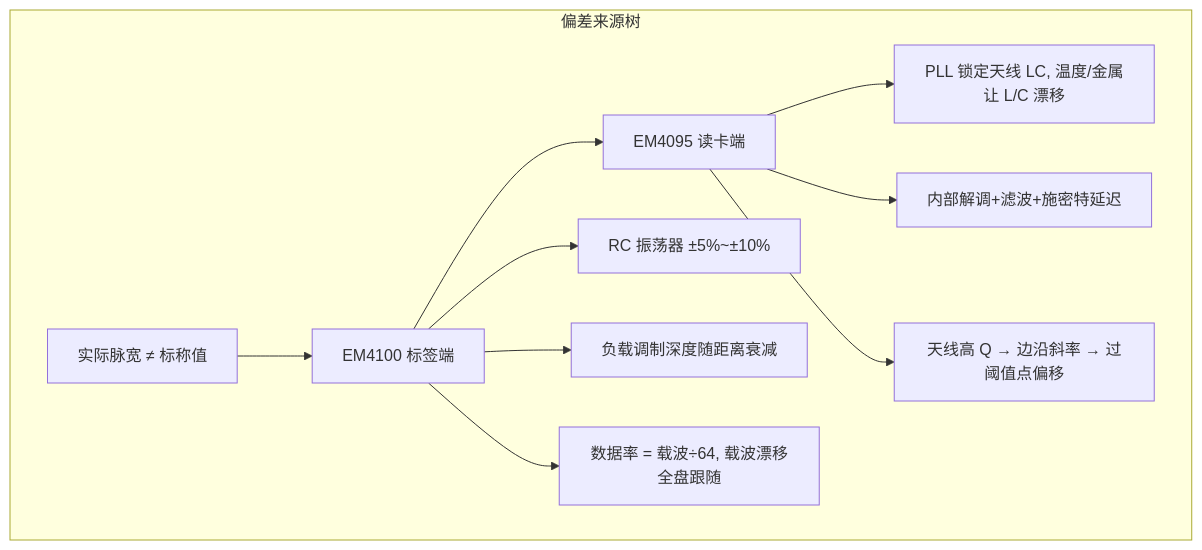
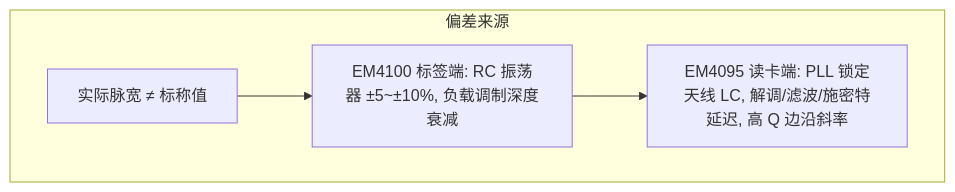
One commit to Siaiai/ObsidianNote changed the fifth of 7 diagrams in 输出/SR3读卡器/EM4095详解.md. Above: the diagram before and after it, drawn with Mermaid. The commit also changed other lines of this file and 1 other file, not shown here.

````diff
--- a/输出/SR3读卡器/EM4095详解.md
+++ b/输出/SR3读卡器/EM4095详解.md
@@ -395,31 +140,8 @@
 ```mermaid
-
 flowchart TD
-
-    subgraph sources["偏差来源树"]
-
-        root["实际脉宽 ≠ 标称值"]
-
-        --> tag["EM4100 标签端"]
-
-        --> reader["EM4095 读卡端"]
-
-  
-
-        tag --> T1["RC 振荡器 ±5%~±10%"]
-
-        tag --> T2["负载调制深度随距离衰减"]
-
-        tag --> T3["数据率 = 载波÷64, 载波漂移全盘跟随"]
-
-  
-
-        reader --> R1["PLL 锁定天线 LC, 温度/金属让 L/C 漂移"]
-
-        reader --> R2["内部解调+滤波+施密特延迟"]
-
-        reader --> R3["天线高 Q → 边沿斜率 → 过阈值点偏移"]
-
-    end
-
+    subgraph sources["偏差来源"]
+        root["实际脉宽 ≠ 标称值"]
+        --> tag["EM4100 标签端: RC 振荡器 ±5~±10%, 负载调制深度衰减"]
+        --> reader["EM4095 读卡端: PLL 锁定天线 LC, 解调/滤波/施密特延迟, 高 Q 边沿斜率"]
+    end
 ```
````
